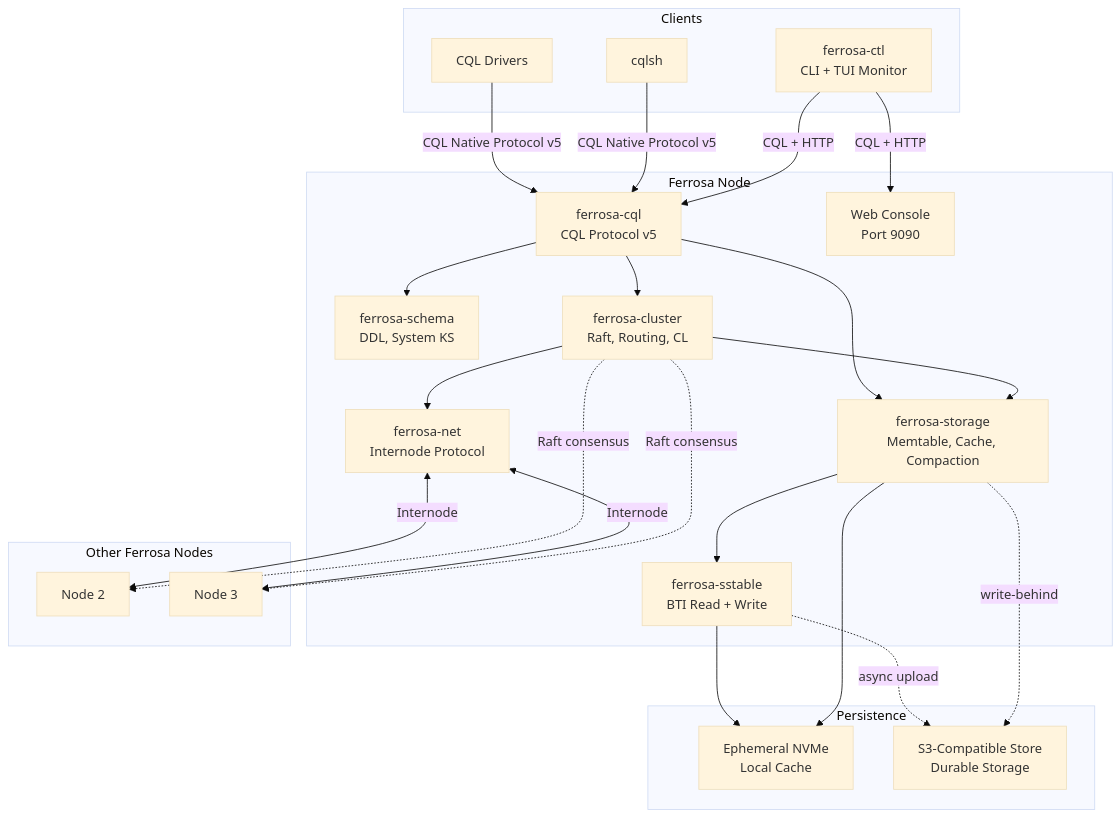
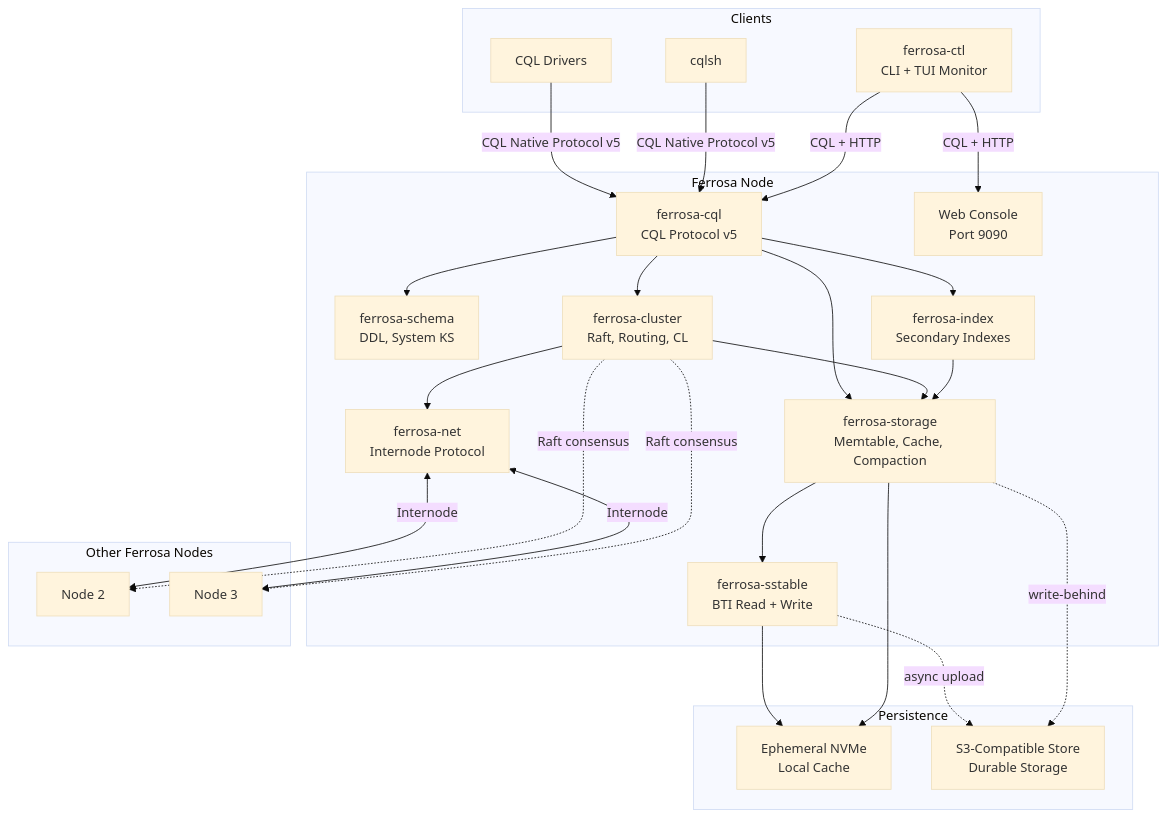
The first of 2 diagrams in specs/overview.md (ferrosadb/ferrosa), drawn with Mermaid (base theme) before and after one commit. The commit also changed other lines of this file and 5 other files, not shown here.

Commit message:
docs: update specs directory with secondary index, DDL completeness, and production readiness changes

````diff
--- a/specs/overview.md
+++ b/specs/overview.md
@@ -12,43 +12,46 @@
 ```mermaid
 graph TB
     subgraph Clients
         D1[CQL Drivers]
         D2[cqlsh]
         D3[ferrosa-ctl<br/>CLI + TUI Monitor]
     end
 
     subgraph "Ferrosa Node"
         CQL[ferrosa-cql<br/>CQL Protocol v5]
         Schema[ferrosa-schema<br/>DDL, System KS]
         Cluster[ferrosa-cluster<br/>Raft, Routing, CL]
+        Index[ferrosa-index<br/>Secondary Indexes]
         Storage[ferrosa-storage<br/>Memtable, Cache, Compaction]
         SST[ferrosa-sstable<br/>BTI Read + Write]
         Net[ferrosa-net<br/>Internode Protocol]
         Web[Web Console<br/>Port 9090]
     end
 
     subgraph "Persistence"
         NVMe[Ephemeral NVMe<br/>Local Cache]
         S3[S3-Compatible Store<br/>Durable Storage]
     end
 
     subgraph "Other Ferrosa Nodes"
         N2[Node 2]
         N3[Node 3]
     end
 
     D1 & D2 -->|CQL Native Protocol v5| CQL
     D3 -->|CQL + HTTP| CQL & Web
     CQL --> Schema
     CQL --> Storage
     CQL --> Cluster
+    CQL --> Index
     Cluster --> Storage
+    Index --> Storage
     Cluster --> Net
     Storage --> SST
     SST --> NVMe
     SST -.->|async upload| S3
     Storage --> NVMe
     Storage -.->|write-behind| S3
     Net <-->|Internode| N2 & N3
     Cluster -.->|Raft consensus| N2 & N3
 ```
````
